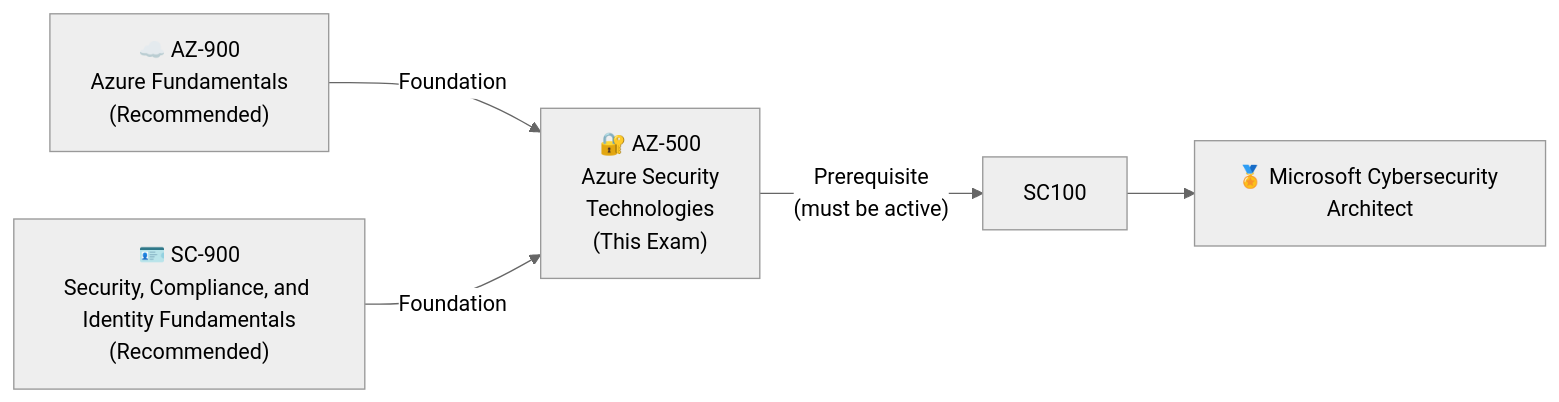
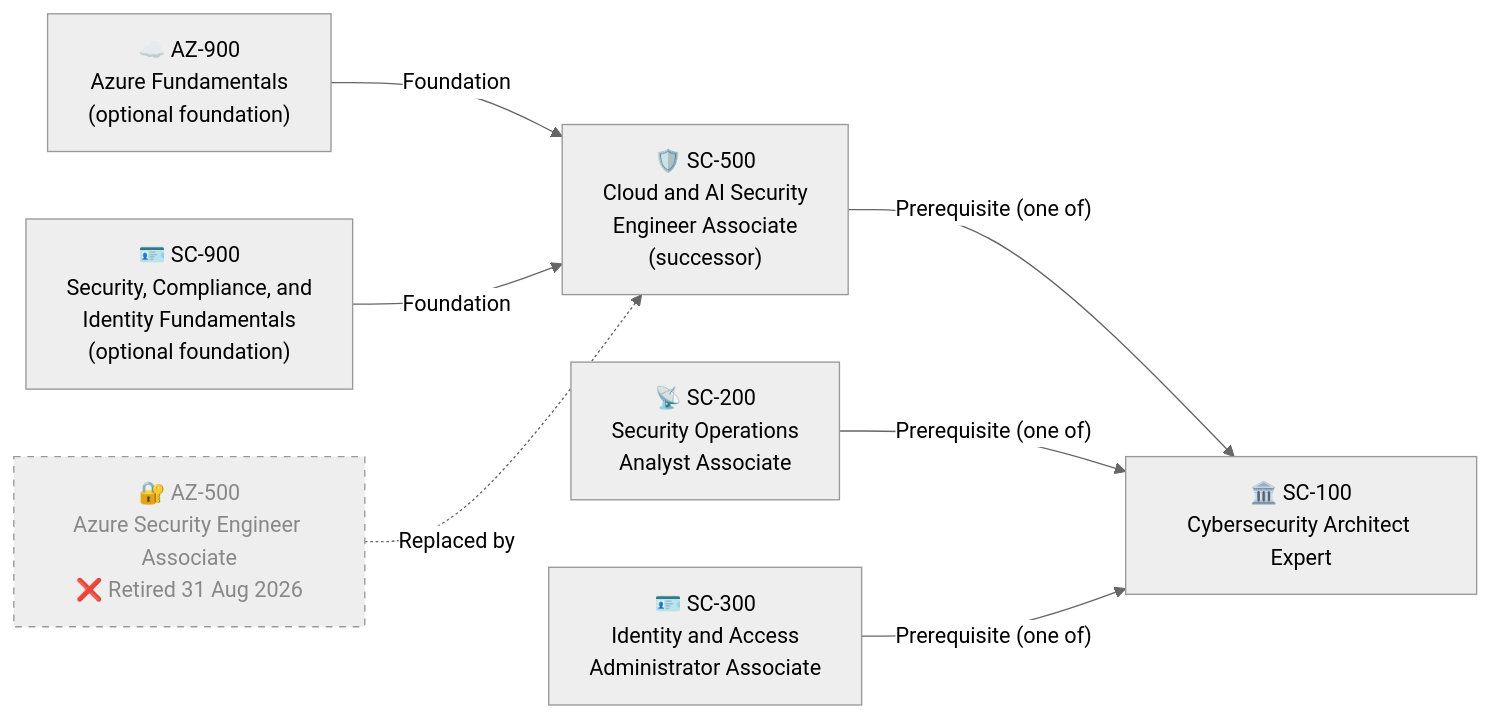
Before and after one commit to marcogrimaldi29/az-500-study-notes: the second of 2 diagrams in README.md, drawn with Mermaid (neutral theme). The commit also changed other lines of this file and 8 other files, not shown here.

First line of the commit message:
Mark AZ-500 as retired and document SC-500 successor

````diff
--- a/README.md
+++ b/README.md
@@ -50,12 +57,20 @@
 ```mermaid
 flowchart LR
-    AZ900["☁️ AZ-900\nAzure Fundamentals\n(Recommended)"]
-    SC900["🪪 SC-900\nSecurity, Compliance, and Identity Fundamentals\n(Recommended)"]
-    AZ500["🔐 AZ-500\nAzure Security\nTechnologies\n(This Exam)"]
-    BADGE["🏅 Azure Security\nEngineer Associate"]
+    AZ900["☁️ AZ-900<br>Azure Fundamentals<br>(optional foundation)"]
+    SC900["🪪 SC-900<br>Security, Compliance, and<br>Identity Fundamentals<br>(optional foundation)"]
+    AZ500["🔐 AZ-500<br>Azure Security Engineer Associate<br>❌ Retired 31 Aug 2026"]
+    SC500["🛡️ SC-500<br>Cloud and AI Security<br>Engineer Associate<br>(successor)"]
+    SC200["📡 SC-200<br>Security Operations<br>Analyst Associate"]
+    SC300["🪪 SC-300<br>Identity and Access<br>Administrator Associate"]
+    SC100["🏛️ SC-100<br>Cybersecurity Architect Expert"]
 
-    AZ900 -->|Foundation| AZ500
-    SC900 -->|Foundation| AZ500
-    AZ500 -->|"Prerequisite\n(must be active)"| SC100
-    SC100 --> BADGE["🏅 Microsoft Cybersecurity Architect"]
+    AZ900 -->|Foundation| SC500
+    SC900 -->|Foundation| SC500
+    AZ500 -.->|"Replaced by"| SC500
+    SC500 -->|"Prerequisite (one of)"| SC100
+    SC200 -->|"Prerequisite (one of)"| SC100
+    SC300 -->|"Prerequisite (one of)"| SC100
+
+    classDef retired stroke-dasharray:5 5,color:#888
+    class AZ500 retired
 ```
````
